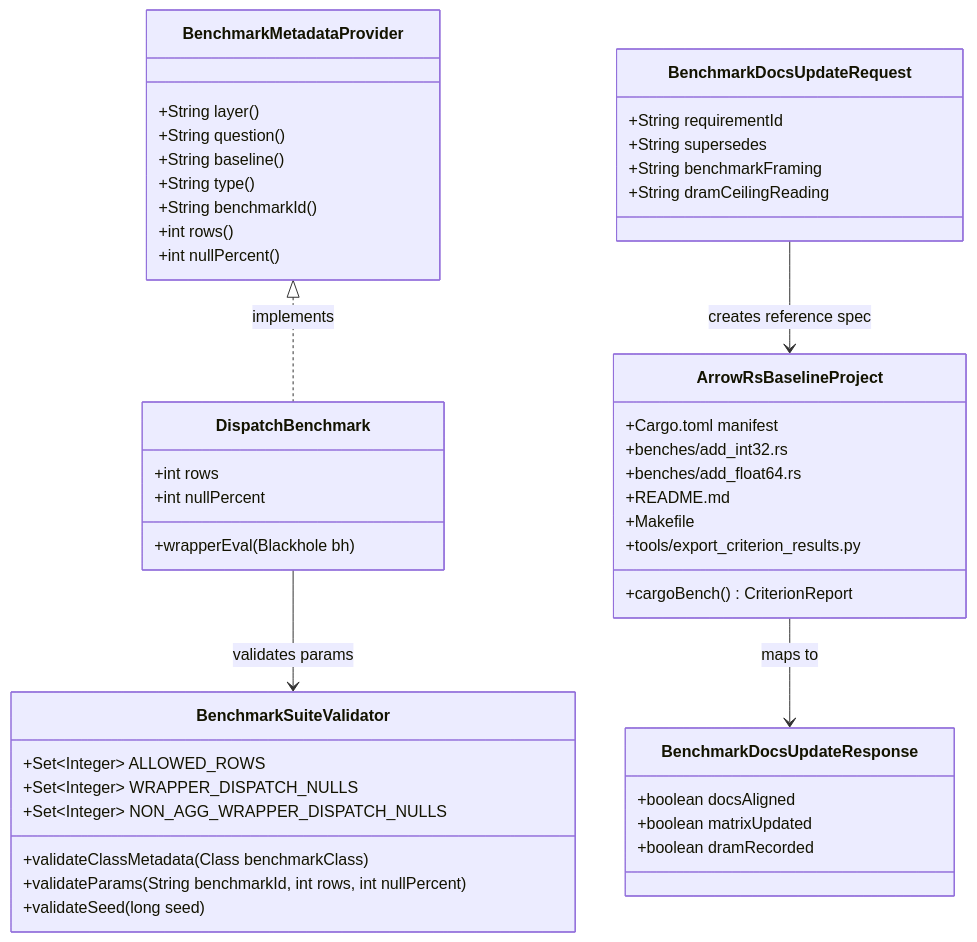
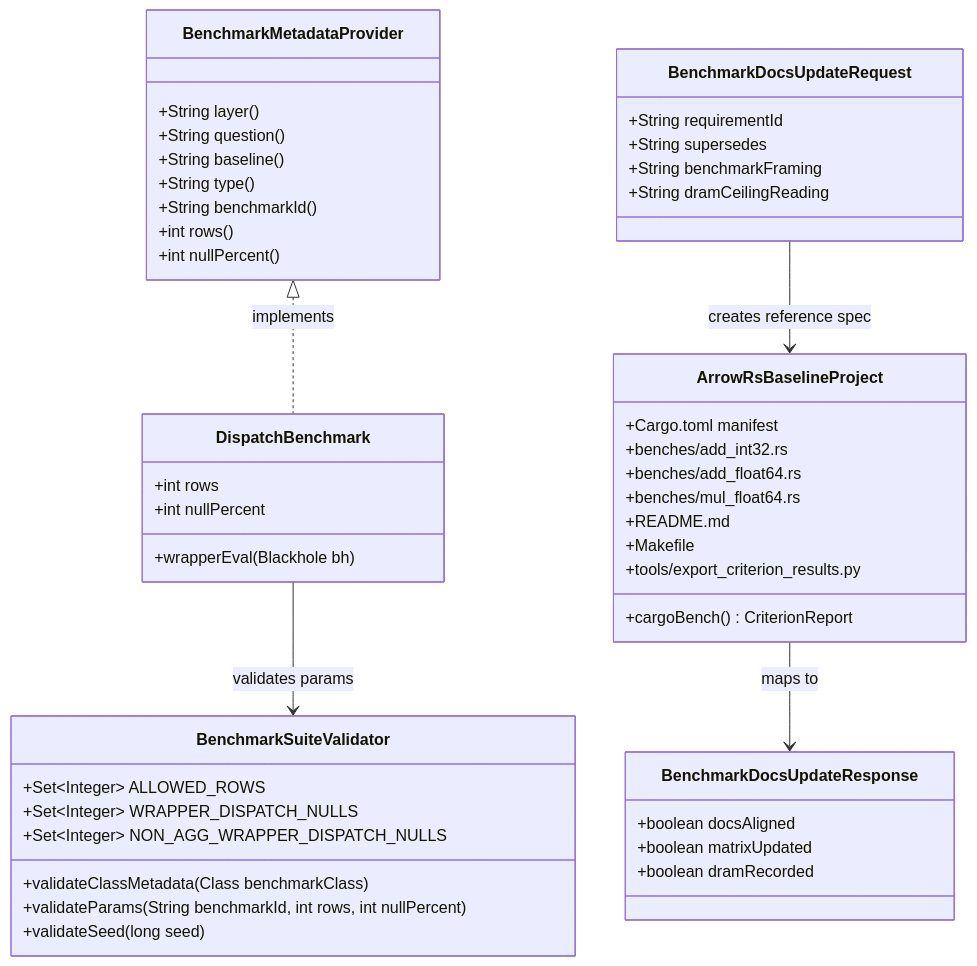
One commit to SemyonSinchenko/arrow-compute-jvm changed the diagram in spdd/prompt/GGQPA-011-202605192050-[Refactor]-util-benchmark-suite-cleanup-cargo-reference.md. Above: the diagram before and after it, drawn with Mermaid. The commit also changed other lines of this file and 8 other files, not shown here.

````diff
--- a/spdd/prompt/GGQPA-011-202605192050-[Refactor]-util-benchmark-suite-cleanup-cargo-reference.md
+++ b/spdd/prompt/GGQPA-011-202605192050-[Refactor]-util-benchmark-suite-cleanup-cargo-reference.md
@@ -7,57 +7,58 @@
 ```mermaid
 classDiagram
 direction TB
 
 class BenchmarkSuiteValidator {
     +Set~Integer~ ALLOWED_ROWS
     +Set~Integer~ WRAPPER_DISPATCH_NULLS
     +Set~Integer~ NON_AGG_WRAPPER_DISPATCH_NULLS
     +validateClassMetadata(Class benchmarkClass)
     +validateParams(String benchmarkId, int rows, int nullPercent)
     +validateSeed(long seed)
 }
 
 class BenchmarkMetadataProvider {
     +String layer()
     +String question()
     +String baseline()
     +String type()
     +String benchmarkId()
     +int rows()
     +int nullPercent()
 }
 
 class DispatchBenchmark {
     +int rows
     +int nullPercent
     +wrapperEval(Blackhole bh)
 }
 
 class ArrowRsBaselineProject {
     +Cargo.toml manifest
     +benches/add_int32.rs
     +benches/add_float64.rs
+    +benches/mul_float64.rs
     +README.md
     +Makefile
     +tools/export_criterion_results.py
     +cargoBench() CriterionReport
 }
 
 class BenchmarkDocsUpdateRequest {
     +String requirementId
     +String supersedes
     +String benchmarkFraming
     +String dramCeilingReading
 }
 
 class BenchmarkDocsUpdateResponse {
     +boolean docsAligned
     +boolean matrixUpdated
     +boolean dramRecorded
 }
 
 BenchmarkMetadataProvider <|.. DispatchBenchmark : implements
 DispatchBenchmark --> BenchmarkSuiteValidator : validates params
 BenchmarkDocsUpdateRequest --> ArrowRsBaselineProject : creates reference spec
 ArrowRsBaselineProject --> BenchmarkDocsUpdateResponse : maps to
 ```
````
